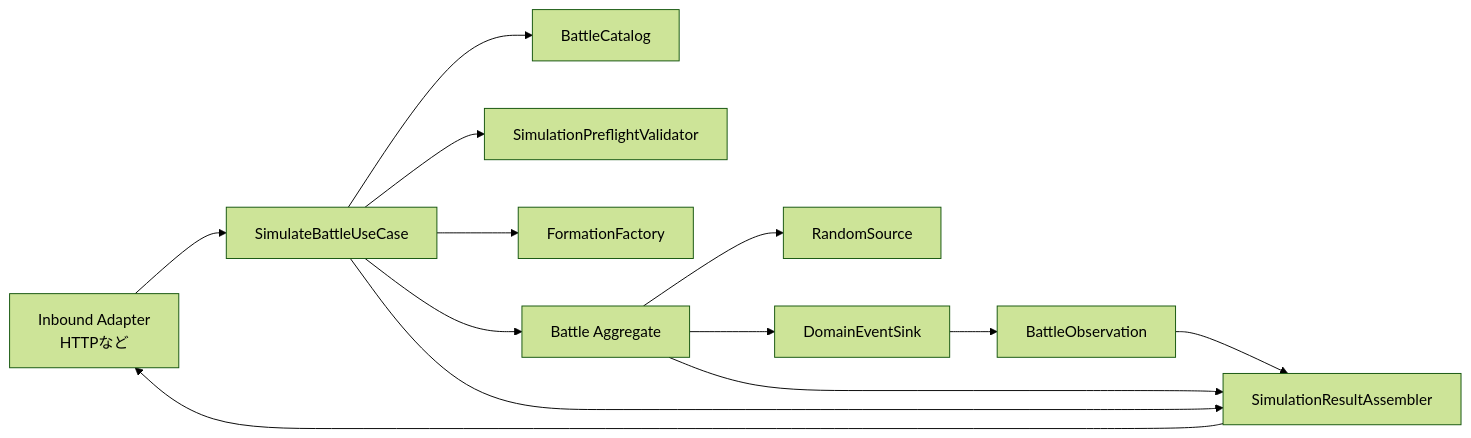
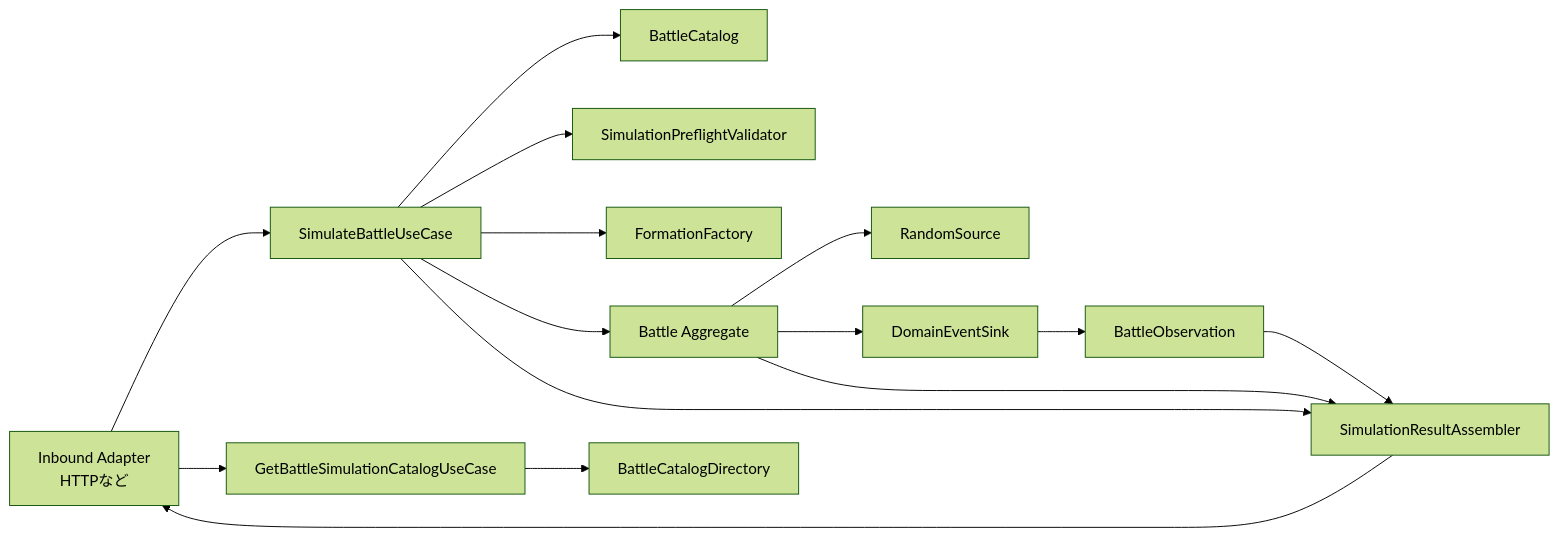
Before and after one commit to komei0727/muvluvgg_battle_simulator: the first of 2 diagrams in docs/ddd/09_アプリケーション設計.md, drawn with Mermaid (forest theme). The commit also changed other lines of this file and 15 other files, not shown here.

````diff
--- a/docs/ddd/09_アプリケーション設計.md
+++ b/docs/ddd/09_アプリケーション設計.md
@@ -28,15 +29,17 @@
 ```mermaid
 flowchart LR
     Inbound["Inbound Adapter<br>HTTPなど"] --> UseCase["SimulateBattleUseCase"]
+    Inbound --> CatalogQuery["GetBattleSimulationCatalogUseCase"]
     UseCase --> Catalog["BattleCatalog"]
+    CatalogQuery --> Directory["BattleCatalogDirectory"]
     UseCase --> Validator["SimulationPreflightValidator"]
     UseCase --> Formation["FormationFactory"]
     UseCase --> Battle["Battle Aggregate"]
     Battle --> Random["RandomSource"]
     Battle --> Sink["DomainEventSink"]
     Sink --> Observation["BattleObservation"]
     UseCase --> Presenter["SimulationResultAssembler"]
     Observation --> Presenter
     Battle --> Presenter
     Presenter --> Inbound
 ```
````
